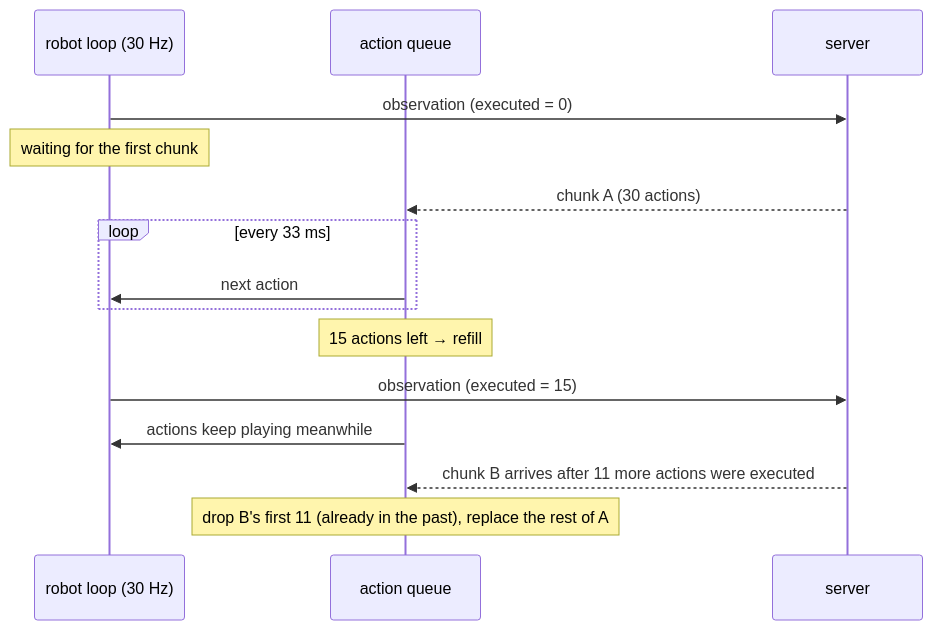
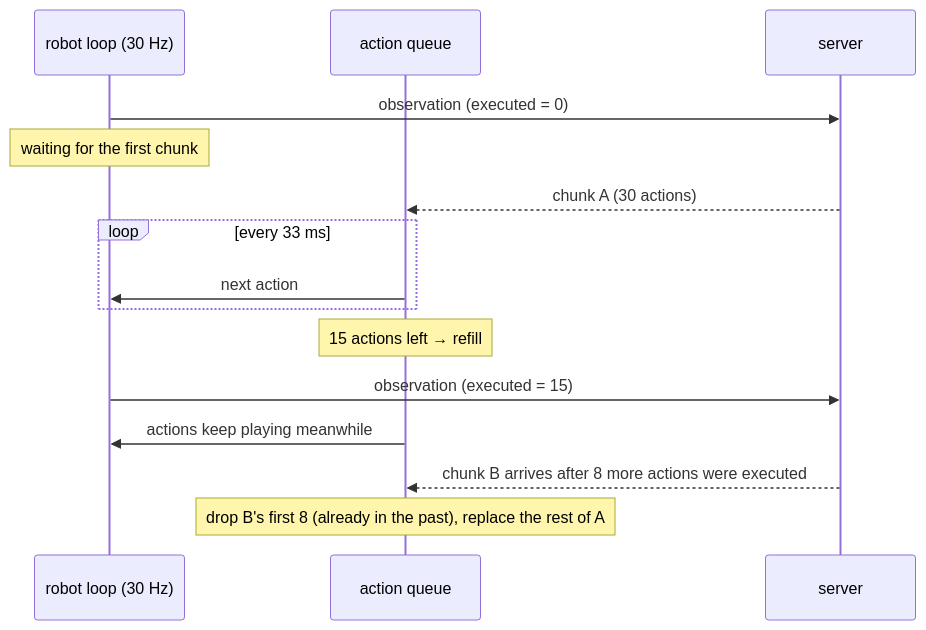
One commit to mtbui2010/vla-serve changed the diagram in website/docs/learn/06-real-time.md. Above: the diagram before and after it, drawn with Mermaid. The commit also changed other lines of this file and 26 other files, not shown here.

````diff
--- a/website/docs/learn/06-real-time.md
+++ b/website/docs/learn/06-real-time.md
@@ -26,17 +26,17 @@
 ```mermaid
 sequenceDiagram
   participant R as robot loop (30 Hz)
   participant Q as action queue
   participant S as server
   R->>S: observation (executed = 0)
   Note over R: waiting for the first chunk
   S-->>Q: chunk A (30 actions)
   loop every 33 ms
     Q->>R: next action
   end
   Note over Q: 15 actions left → refill
   R->>S: observation (executed = 15)
   Q->>R: actions keep playing meanwhile
-  S-->>Q: chunk B arrives after 11 more actions were executed
-  Note over Q: drop B's first 11 (already in the past), replace the rest of A
+  S-->>Q: chunk B arrives after 8 more actions were executed
+  Note over Q: drop B's first 8 (already in the past), replace the rest of A
 ```
````
